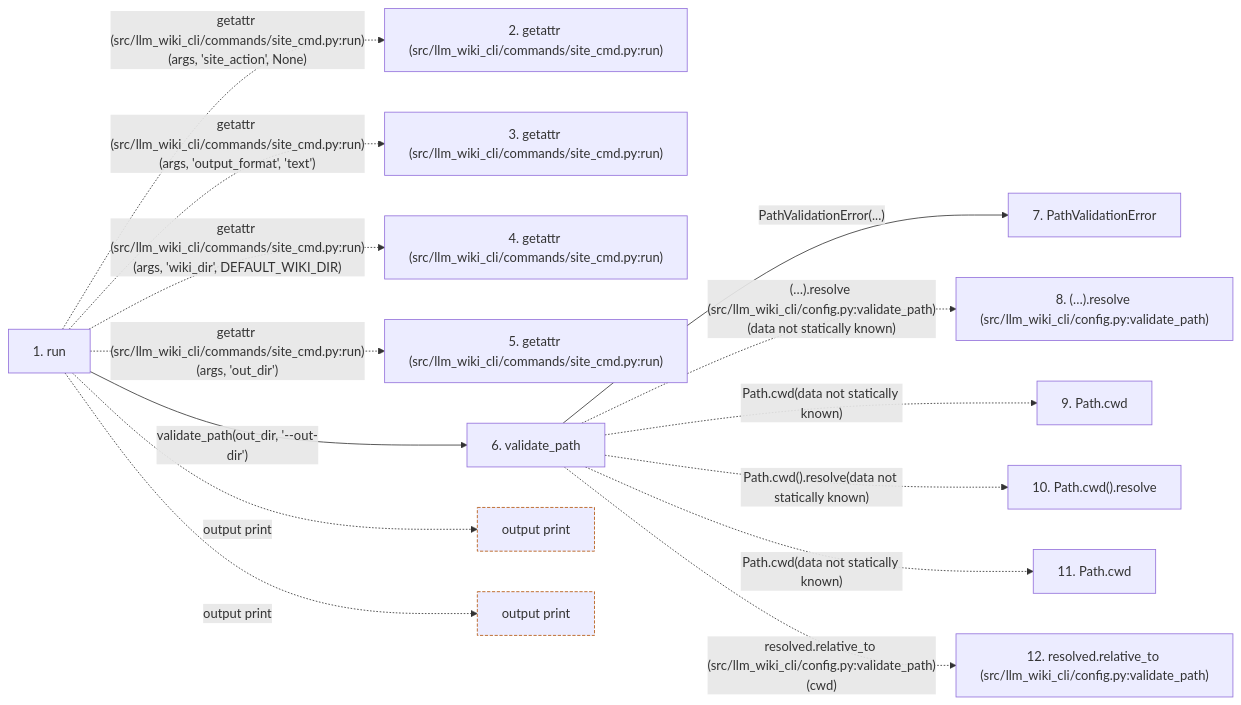
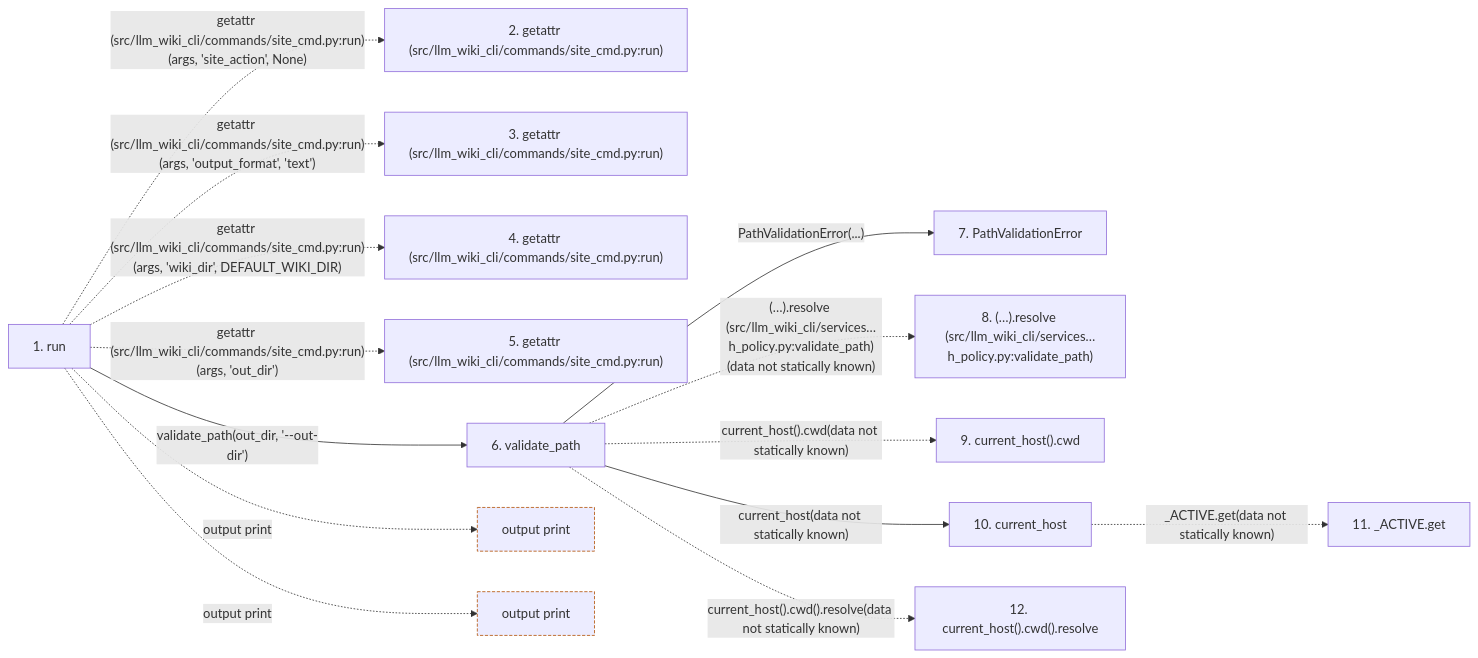
The second of 2 diagrams in docs/llm_wiki/flows/cli-site.md (Denissvgn/python-wiki-llm), drawn with Mermaid before and after one commit. The commit also changed other lines of this file and 1555 other files, not shown here.

````diff
--- a/docs/llm_wiki/flows/cli-site.md
+++ b/docs/llm_wiki/flows/cli-site.md
@@ -164,36 +166,37 @@
 ```mermaid
 flowchart LR
     s1["1. run"]
     s2["2. getattr (src/llm_wiki_cli/commands/site_cmd.py:run)"]
     s3["3. getattr (src/llm_wiki_cli/commands/site_cmd.py:run)"]
     s4["4. getattr (src/llm_wiki_cli/commands/site_cmd.py:run)"]
     s5["5. getattr (src/llm_wiki_cli/commands/site_cmd.py:run)"]
     s6["6. validate_path"]
     s7["7. PathValidationError"]
-    s8["8. (…).resolve (src/llm_wiki_cli/config.py:validate_path)"]
-    s9["9. Path.cwd"]
-    s10["10. Path.cwd().resolve"]
-    s11["11. Path.cwd"]
-    s12["12. resolved.relative_to (src/llm_wiki_cli/config.py:validate_path)"]
+    s8["8. (…).resolve (src/llm_wiki_cli/services…h_policy.py:validate_path)"]
+    s9["9. current_host().cwd"]
+    s10["10. current_host"]
+    s11["11. _ACTIVE.get"]
+    s12["12. current_host().cwd().resolve"]
     s1 -. "getattr (src/llm_wiki_cli/commands/site_cmd.py:run)(args, 'site_action', None)" .-> s2
     s1 -. "getattr (src/llm_wiki_cli/commands/site_cmd.py:run)(args, 'output_format', 'text')" .-> s3
     s1 -. "getattr (src/llm_wiki_cli/commands/site_cmd.py:run)(args, 'wiki_dir', DEFAULT_WIKI_DIR)" .-> s4
     s1 -. "getattr (src/llm_wiki_cli/commands/site_cmd.py:run)(args, 'out_dir')" .-> s5
     s1 -->|"validate_path(out_dir, '--out-dir')"| s6
     s6 -->|"PathValidationError(...)"| s7
-    s6 -. "(…).resolve (src/llm_wiki_cli/config.py:validate_path)(data not statically known)" .-> s8
-    s6 -. "Path.cwd(data not statically known)" .-> s9
-    s6 -. "Path.cwd().resolve(data not statically known)" .-> s10
-    s6 -. "Path.cwd(data not statically known)" .-> s11
-    s6 -. "resolved.relative_to (src/llm_wiki_cli/config.py:validate_path)(cwd)" .-> s12
+    s6 -. "(…).resolve (src/llm_wiki_cli/services…h_policy.py:validate_path)(data not statically known)" .-> s8
+    s6 -. "current_host().cwd(data not statically known)" .-> s9
+    s6 -->|"current_host(data not statically known)"| s10
+    s10 -. "_ACTIVE.get(data not statically known)" .-> s11
+    s6 -. "current_host().cwd().resolve(data not statically known)" .-> s12
     b0["output print"]
     s1 -. "output print" .-> b0
     b1["output print"]
     s1 -. "output print" .-> b1
     click s1 "../modules/site_cmd.md"
-    click s6 "../modules/config.md"
-    click s7 "../modules/config.md"
+    click s6 "../modules/path_policy.md"
+    click s7 "../modules/path_policy.md"
+    click s10 "../modules/host.md"
     classDef boundary stroke:#b45309,stroke-dasharray: 4 2
     class b0 boundary
     class b1 boundary
 ```
````
